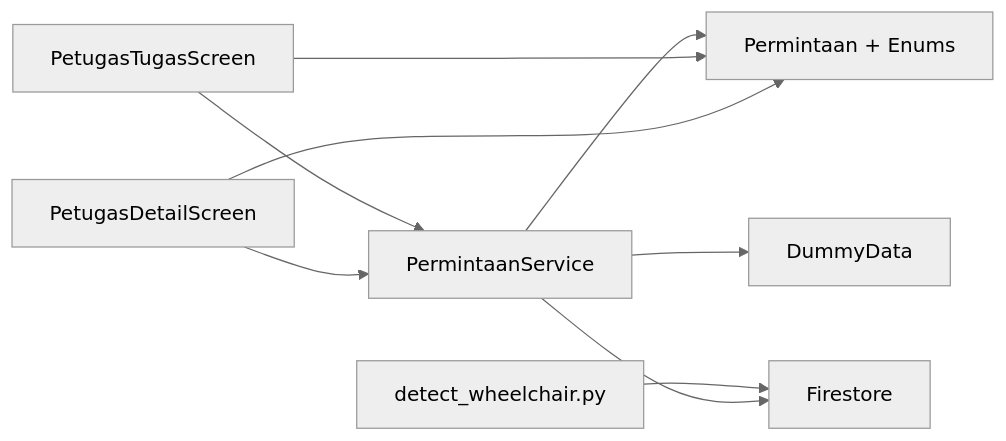
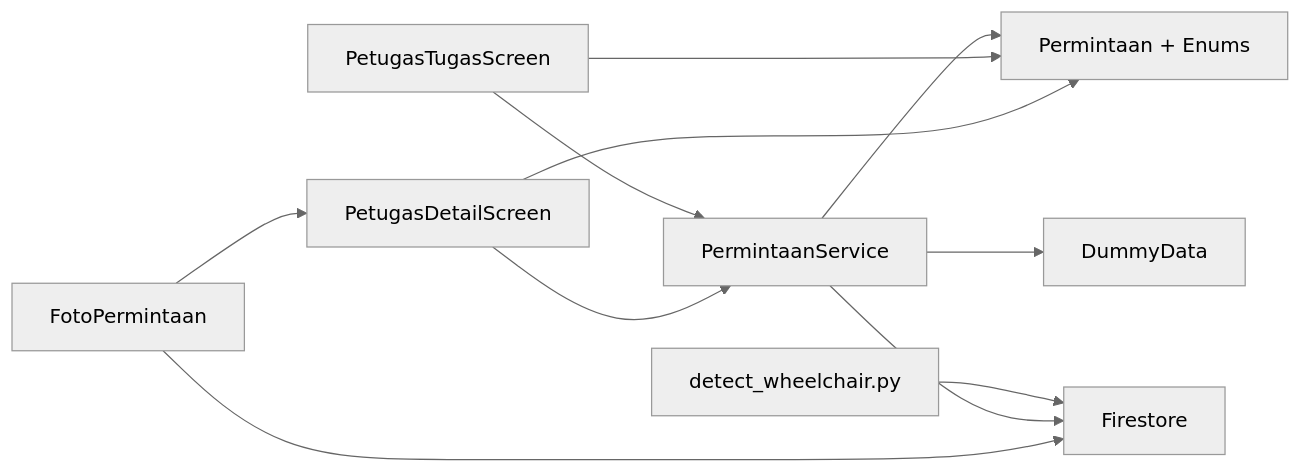
Before and after one commit to rdsarjito/whoosh-ramah: the tenth of 10 diagrams in .qoder/repowiki/en/content/Mobile Application/Staff Workflow/Staff Workflow.md, drawn with Mermaid (neutral theme). The commit also changed other lines of this file and 68 other files, not shown here.

````diff
--- a/.qoder/repowiki/en/content/Mobile Application/Staff Workflow/Staff Workflow.md
+++ b/.qoder/repowiki/en/content/Mobile Application/Staff Workflow/Staff Workflow.md
@@ -486,11 +684,13 @@
 ```mermaid
 graph LR
 TaskList["PetugasTugasScreen"] --> Service["PermintaanService"]
 Detail["PetugasDetailScreen"] --> Service
 Service --> Model["Permintaan + Enums"]
 Service --> Dummy["DummyData"]
 Detector["detect_wheelchair.py"] --> Firestore["Firestore"]
 Service --> Firestore
 TaskList --> Model
 Detail --> Model
+PhotoModel["FotoPermintaan"] --> Detail
+PhotoModel --> Firestore
 ```
````
